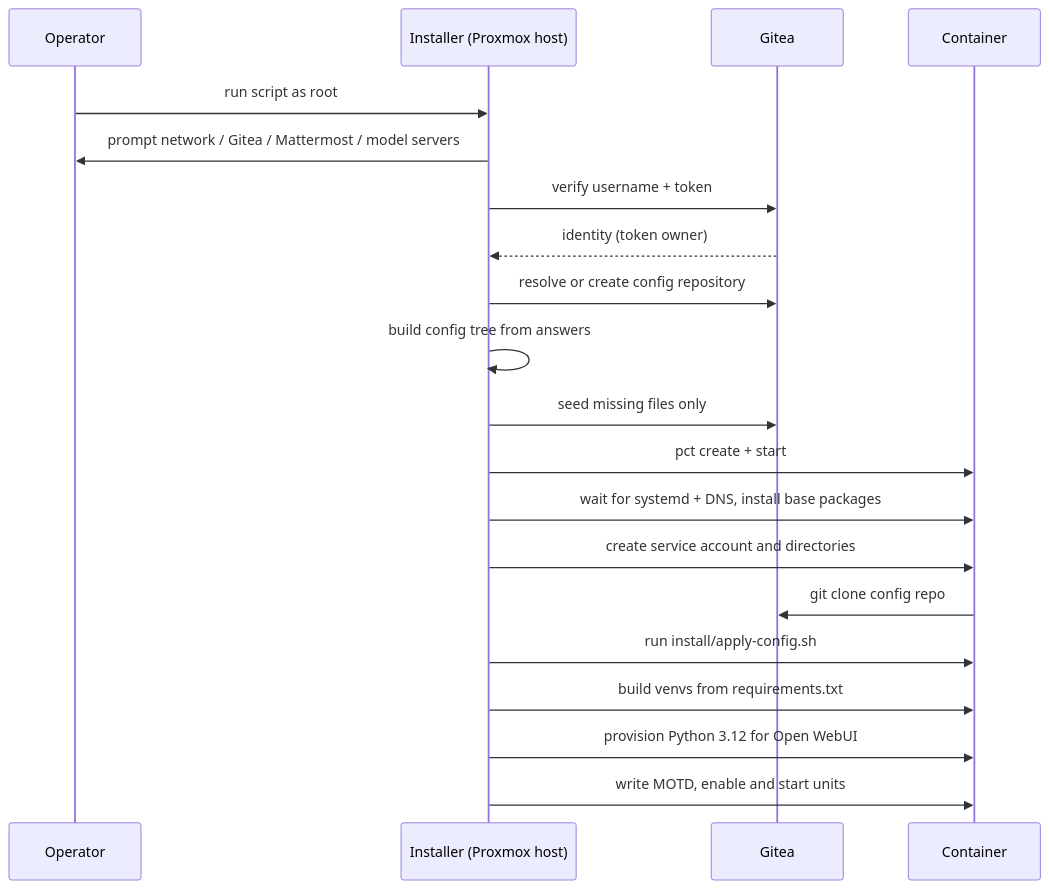
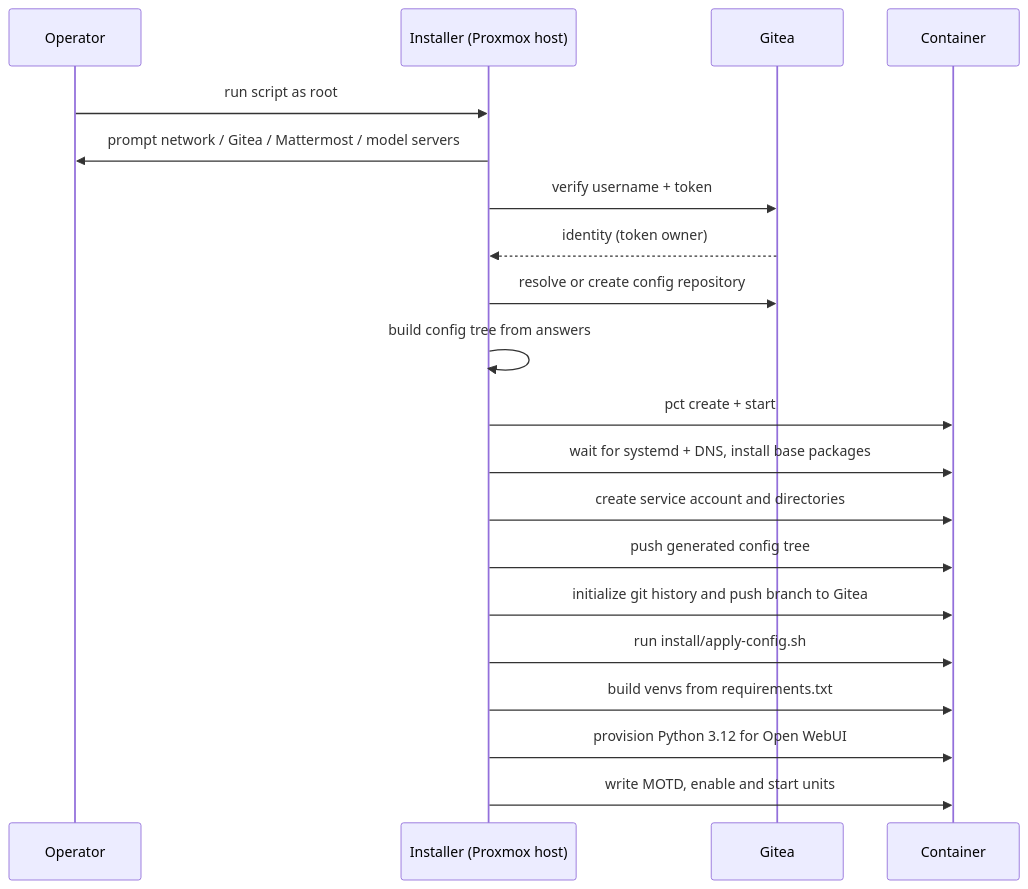
Before and after one commit to wwarren/osr: the fifth of 5 diagrams in ARCHITECTURE.md, drawn with Mermaid. The commit also changed other lines of this file and 3 other files, not shown here.

````diff
--- a/ARCHITECTURE.md
+++ b/ARCHITECTURE.md
@@ -620,23 +622,23 @@
 ```mermaid
 sequenceDiagram
     participant Op as Operator
     participant I as Installer (Proxmox host)
     participant G as Gitea
     participant CT as Container
 
     Op->>I: run script as root
     I->>Op: prompt network / Gitea / Mattermost / model servers
     I->>G: verify username + token
     G-->>I: identity (token owner)
     I->>G: resolve or create config repository
     I->>I: build config tree from answers
-    I->>G: seed missing files only
     I->>CT: pct create + start
     I->>CT: wait for systemd + DNS, install base packages
     I->>CT: create service account and directories
-    CT->>G: git clone config repo
+    I->>CT: push generated config tree
+    I->>CT: initialize git history and push branch to Gitea
     I->>CT: run install/apply-config.sh
     I->>CT: build venvs from requirements.txt
     I->>CT: provision Python 3.12 for Open WebUI
     I->>CT: write MOTD, enable and start units
 ```
````
